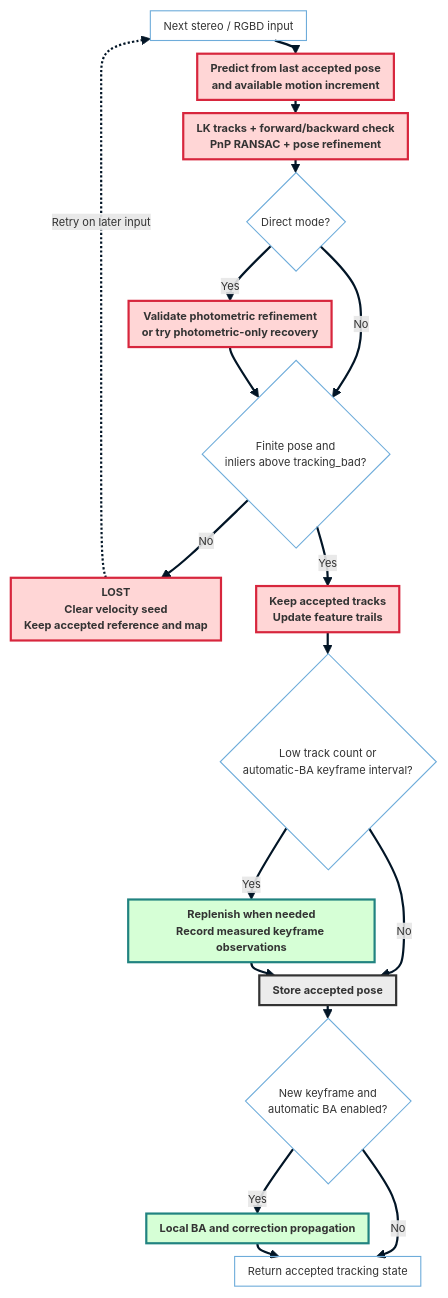
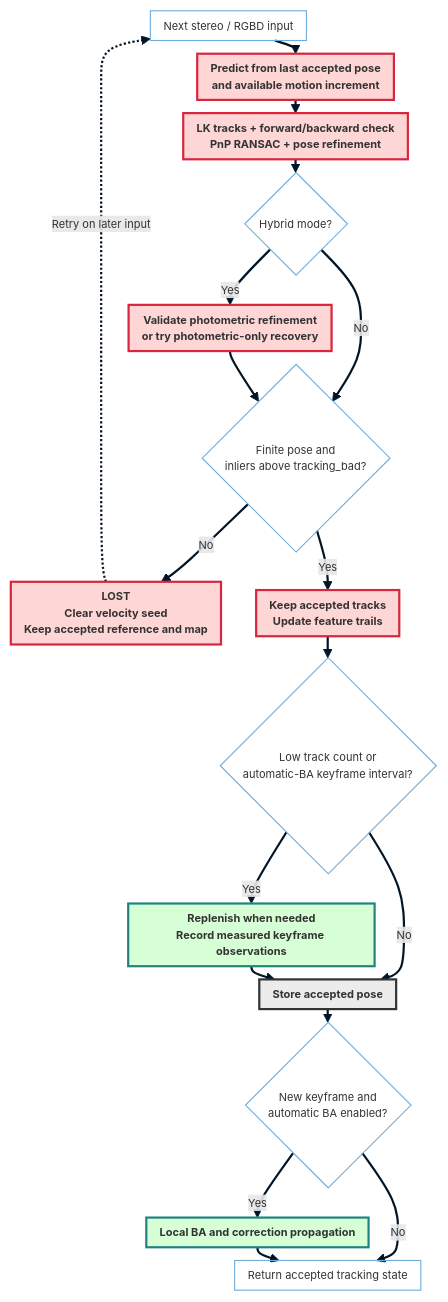
Before and after one commit to luigifreda/pyslam: the second of 3 diagrams in docs/direct_slam.md, drawn with Mermaid. The commit also changed other lines of this file and 245 other files, not shown here.

````diff
--- a/docs/direct_slam.md
+++ b/docs/direct_slam.md
@@ -109,33 +119,33 @@
 ```mermaid
 %%{init: {"flowchart": {"nodeSpacing": 20, "rankSpacing": 12, "padding": 6}}}%%
 graph TD
     linkStyle default stroke:#021526,stroke-width:2px,font-size:10px;
     classDef moduleTracking fill:#FFD6D6,stroke:#D7263D,stroke-width:2px,font-weight:bold,font-size:10px;
     classDef moduleLocalMapping fill:#D6FFD6,stroke:#218380,stroke-width:2px,font-weight:bold,font-size:10px;
     classDef moduleMap fill:#ECECEC,stroke:#333333,stroke-width:2px,font-weight:bold,font-size:10px;
     classDef component fill:none,stroke:#6EACDA,stroke-width:1px,font-size:10px;
 
     Input["Next stereo / RGBD input"] --> Predict["Predict from last accepted pose<br>and available motion increment"]
     Predict --> Geometry["LK tracks + forward/backward check<br>PnP RANSAC + pose refinement"]
-    Geometry --> Mode{"Direct mode?"}
+    Geometry --> Mode{"Hybrid mode?"}
     Mode -->|"Yes"| Photo["Validate photometric refinement<br>or try photometric-only recovery"]
     Mode -->|"No"| Accept{"Finite pose and<br>inliers above tracking_bad?"}
     Photo --> Accept
     Accept -->|"No"| Lost["LOST<br>Clear velocity seed<br>Keep accepted reference and map"]
     Lost -.->|"Retry on later input"| Input
     Accept -->|"Yes"| Commit["Keep accepted tracks<br>Update feature trails"]
     Commit --> Keyframe{"Low track count or<br>automatic-BA keyframe interval?"}
     Keyframe -->|"Yes"| Record["Replenish when needed<br>Record measured keyframe observations"]
     Keyframe -->|"No"| Pose["Store accepted pose"]
     Record --> Pose
     Pose --> Backend{"New keyframe and<br>automatic BA enabled?"}
     Backend -->|"Yes"| BA["Local BA and correction propagation"]
     Backend -->|"No"| Output["Return accepted tracking state"]
     BA --> Output
 
     class Predict,Geometry,Photo,Commit moduleTracking;
     class Lost moduleTracking;
     class Record,BA moduleLocalMapping;
     class Pose moduleMap;
     class Input,Mode,Accept,Keyframe,Backend,Output component;
 ```
````
